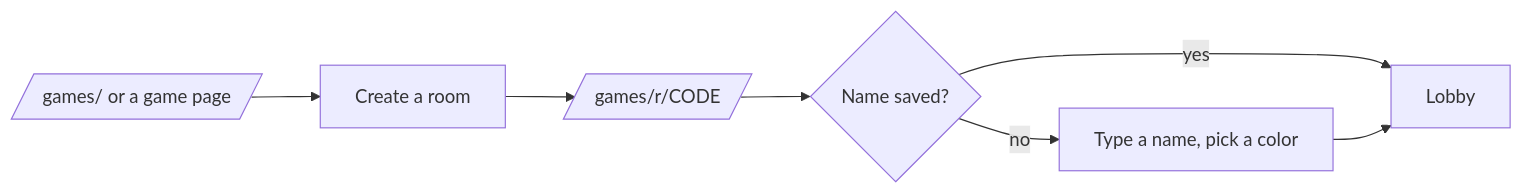
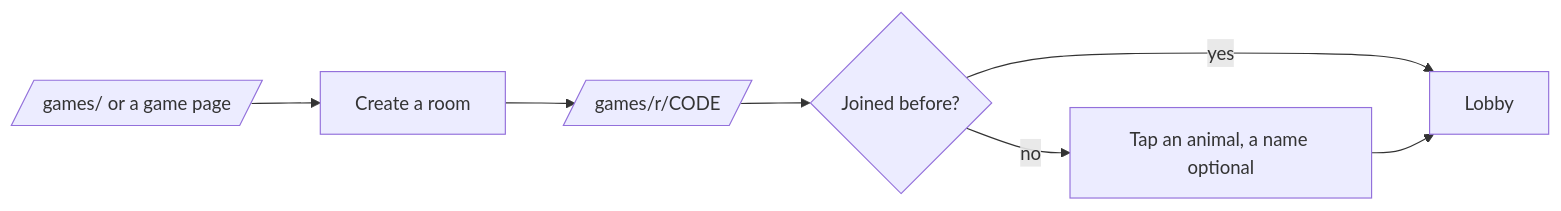
The first of 4 diagrams in apps/games/docs/user-flows.md (workbench-soft/workbench-soft.github.io), drawn with Mermaid before and after one commit. The commit also changed other lines of this file and 3 other files, not shown here.

````diff
--- a/apps/games/docs/user-flows.md
+++ b/apps/games/docs/user-flows.md
@@ -5,9 +5,9 @@
 ```mermaid
 flowchart LR
   A[/games/ or a game page/] --> B[Create a room]
   B --> C[/games/r/CODE/]
-  C --> D{Name saved?}
-  D -- no --> E[Type a name, pick a color]
+  C --> D{Joined before?}
+  D -- no --> E[Tap an animal, a name optional]
   D -- yes --> F[Lobby]
   E --> F
 ```
````
